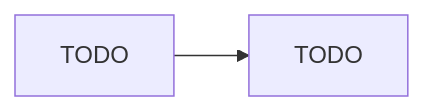
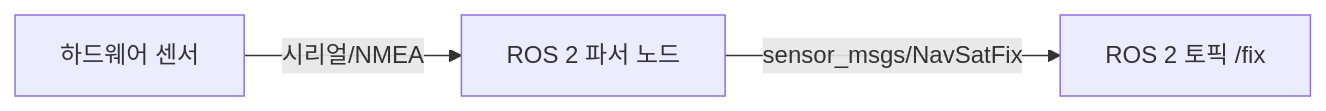
The diagram in templates/software-doc-template.md (Gorani-ros2/ROS2), drawn with Mermaid before and after one commit. The commit also changed other lines of this file and 3 other files, not shown here.

````diff
--- a/templates/software-doc-template.md
+++ b/templates/software-doc-template.md
@@ -11,4 +6,5 @@
 ```mermaid
 flowchart LR
-    A[TODO] --> B[TODO]
+    A[하드웨어 센서] -->|시리얼/NMEA| B[ROS 2 파서 노드]
+    B -->|sensor_msgs/NavSatFix| C[ROS 2 토픽 /fix]
 ```
````
